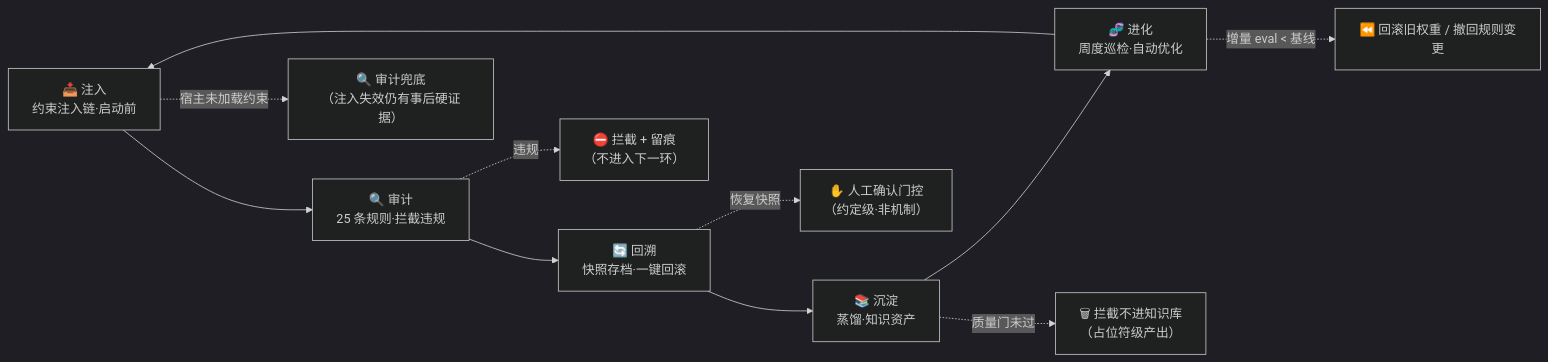
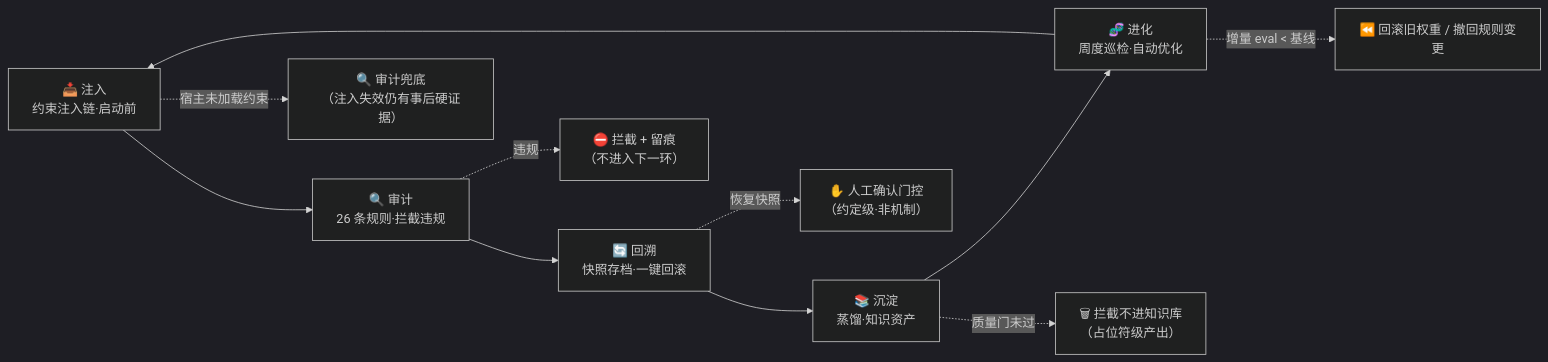
The ninth of 9 diagrams in docs/ARCHITECTURE.md (KongFangXun/sofagent), drawn with Mermaid (dark theme) before and after one commit. The commit also changed other lines of this file and 6 other files, not shown here.

````diff
--- a/docs/ARCHITECTURE.md
+++ b/docs/ARCHITECTURE.md
@@ -1056,13 +1056,13 @@
 ```mermaid
 graph LR
-    A["📥 注入<br/>约束注入链·启动前"] --> B["🔍 审计<br/>25 条规则·拦截违规"]
+    A["📥 注入<br/>约束注入链·启动前"] --> B["🔍 审计<br/>26 条规则·拦截违规"]
     B --> C["🔄 回溯<br/>快照存档·一键回滚"]
     C --> D["📚 沉淀<br/>蒸馏·知识资产"]
     D --> E["🧬 进化<br/>周度巡检·自动优化"]
     E --> A
     B -.->|违规| BX["⛔ 拦截 + 留痕<br/>（不进入下一环）"]
     C -.->|恢复快照| CX["✋ 人工确认门控<br/>（约定级·非机制）"]
     D -.->|质量门未过| DX["🗑 拦截不进知识库<br/>（占位符级产出）"]
     E -.->|增量 eval < 基线| EX["⏪ 回滚旧权重 / 撤回规则变更"]
     A -.->|宿主未加载约束| AX["🔍 审计兜底<br/>（注入失效仍有事后硬证据）"]
 ```
````
